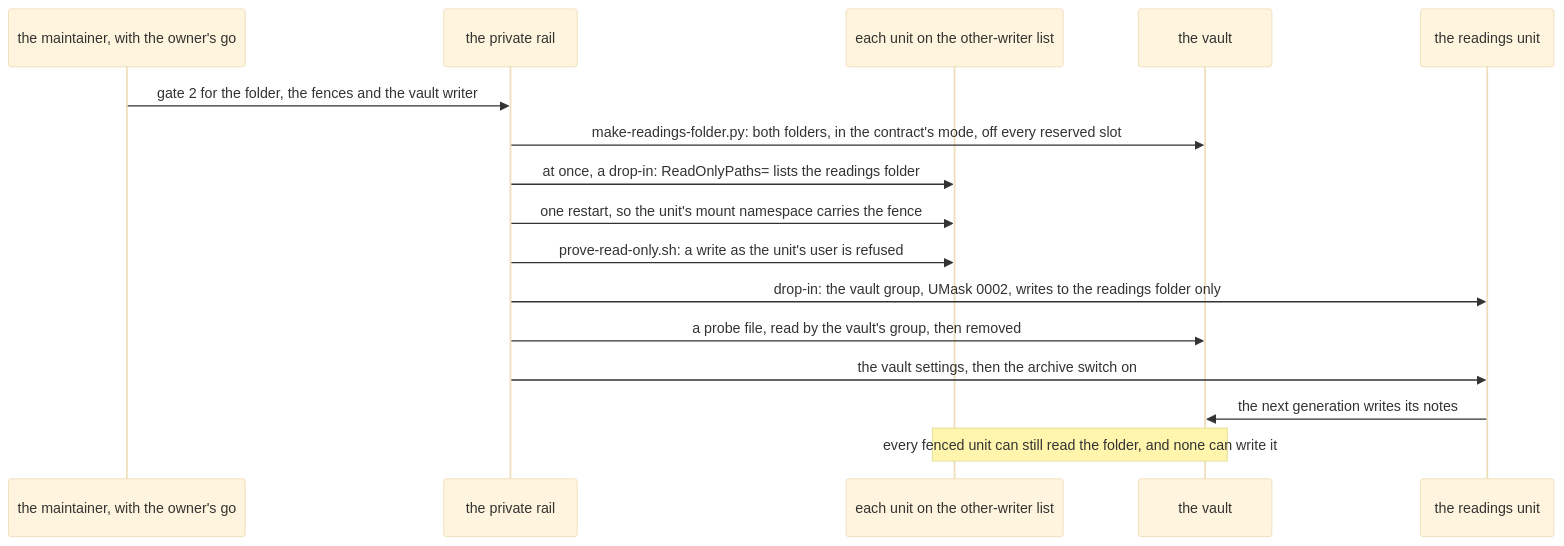
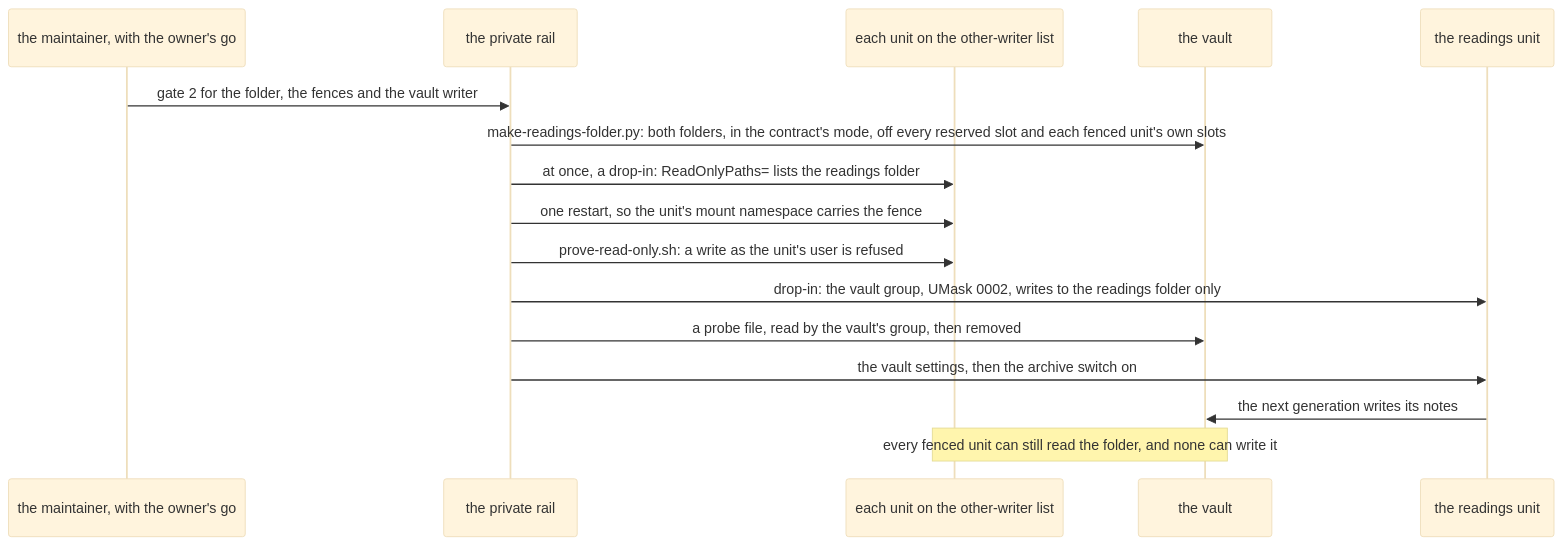
Before and after one commit to RexRenatus/deck-streak: the third of 3 diagrams in docs/schematics/first-deploy-and-gates.md, drawn with Mermaid (base theme). The commit also changed other lines of this file and 5 other files, not shown here.

First line of the commit message:
docs(plan): the fence step keeps off each fenced unit's own slots

````diff
--- a/docs/schematics/first-deploy-and-gates.md
+++ b/docs/schematics/first-deploy-and-gates.md
@@ -126,18 +127,18 @@
 ```mermaid
 sequenceDiagram
   participant M as the maintainer, with the owner's go
   participant R as the private rail
   participant O as each unit on the other-writer list
   participant V as the vault
   participant D as the readings unit
   M->>R: gate 2 for the folder, the fences and the vault writer
-  R->>V: make-readings-folder.py: both folders, in the contract's mode, off every reserved slot
+  R->>V: make-readings-folder.py: both folders, in the contract's mode, off every reserved slot and each fenced unit's own slots
   R->>O: at once, a drop-in: ReadOnlyPaths= lists the readings folder
   R->>O: one restart, so the unit's mount namespace carries the fence
   R->>O: prove-read-only.sh: a write as the unit's user is refused
   R->>D: drop-in: the vault group, UMask 0002, writes to the readings folder only
   R->>V: a probe file, read by the vault's group, then removed
   R->>D: the vault settings, then the archive switch on
   D->>V: the next generation writes its notes
   Note over O,V: every fenced unit can still read the folder, and none can write it
 ```
````
